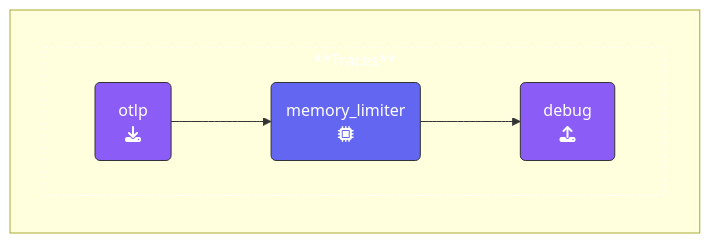
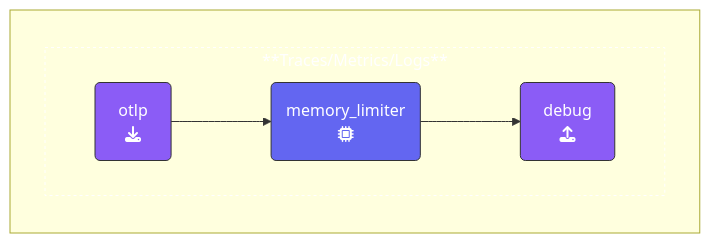
Before and after one commit to splunk/observability-workshop: the diagram in content/en/ninja-workshops/10-advanced-otel/1-agent/1-1-exercise.md, drawn with Mermaid. The commit also changed other lines of this file and 1 other file, not shown here.

````diff
--- a/content/en/ninja-workshops/10-advanced-otel/1-agent/1-1-exercise.md
+++ b/content/en/ninja-workshops/10-advanced-otel/1-agent/1-1-exercise.md
@@ -55,21 +53,21 @@
 ```mermaid
 %%{init:{"fontFamily":"monospace"}}%%
 graph LR
     %% Nodes
       REC1(&nbsp;&nbsp;otlp&nbsp;&nbsp;<br>fa:fa-download):::receiver
       PRO1(memory_limiter<br>fa:fa-microchip):::processor
       EXP1(&ensp;debug&ensp;<br>fa:fa-upload):::exporter
     %% Links
     subID1:::sub-traces
     subgraph " "
-      subgraph subID1[**Traces**]
+      subgraph subID1[**Traces/Metrics/Logs**]
       direction LR
       REC1 --> PRO1
       PRO1 --> EXP1
       end
     end
 classDef receiver,exporter fill:#8b5cf6,stroke:#333,stroke-width:1px,color:#fff;
 classDef processor fill:#6366f1,stroke:#333,stroke-width:1px,color:#fff;
 classDef con-receive,con-export fill:#45c175,stroke:#333,stroke-width:1px,color:#fff;
 classDef sub-traces stroke:#fff,stroke-width:1px, color:#fff,stroke-dasharray: 3 3;
 ```
````
